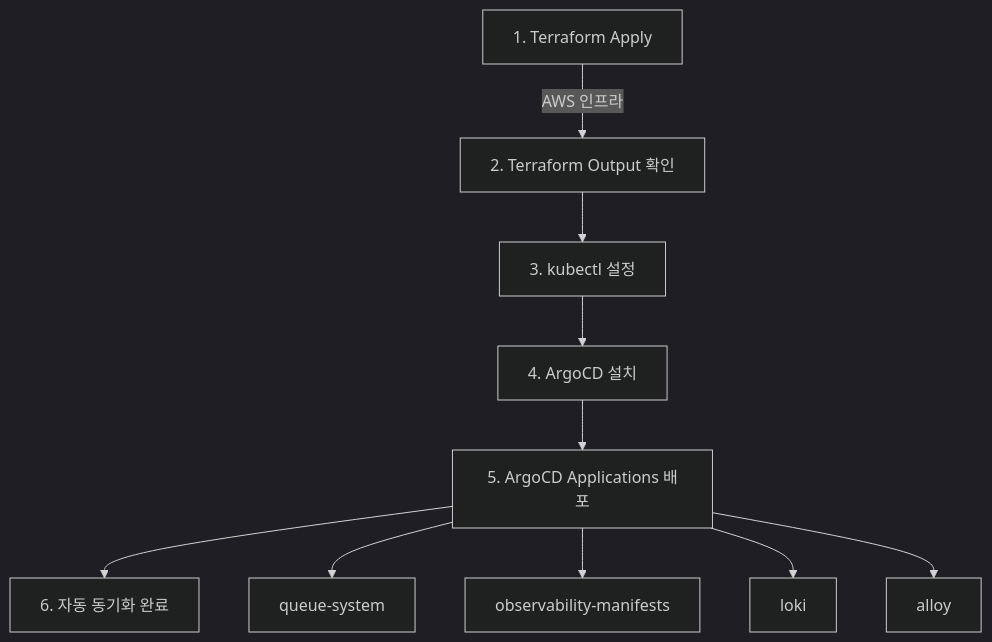
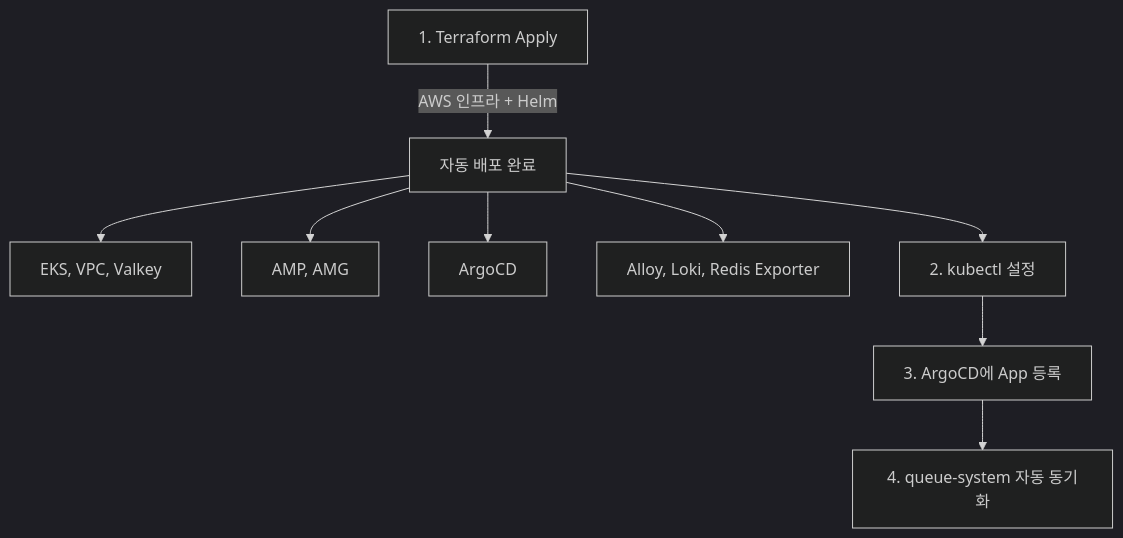
Before and after one commit to likelion-cloud-423/queue-infra: the third of 3 diagrams in README.md, drawn with Mermaid (dark theme). The commit also changed other lines of this file and 2 other files, not shown here.

Commit message:
helm chart 구성

````diff
--- a/README.md
+++ b/README.md
@@ -256,13 +231,12 @@
 ```mermaid
 flowchart TD
-    A[1. Terraform Apply] -->|AWS 인프라| B[2. Terraform Output 확인]
-    B --> C[3. kubectl 설정]
-    C --> D[4. ArgoCD 설치]
-    D --> E[5. ArgoCD Applications 배포]
-    E --> F[6. 자동 동기화 완료]
+    A[1. Terraform Apply] -->|AWS 인프라 + Helm| B[자동 배포 완료]
+    B --> B1[EKS, VPC, Valkey]
+    B --> B2[AMP, AMG]
+    B --> B3[ArgoCD]
+    B --> B4[Alloy, Loki, Redis Exporter]
     
-    E --> E1[queue-system]
-    E --> E2[observability-manifests]
-    E --> E3[loki]
-    E --> E4[alloy]
+    B --> C[2. kubectl 설정]
+    C --> D[3. ArgoCD에 App 등록]
+    D --> E[4. queue-system 자동 동기화]
 ```
````
